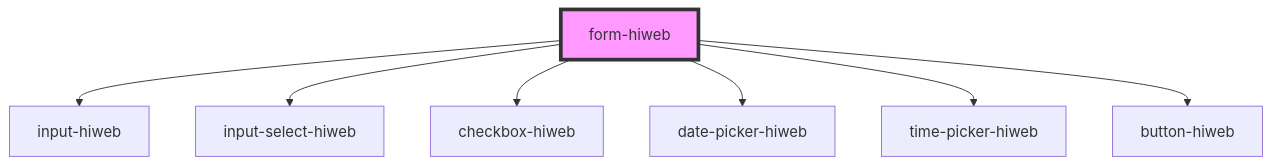
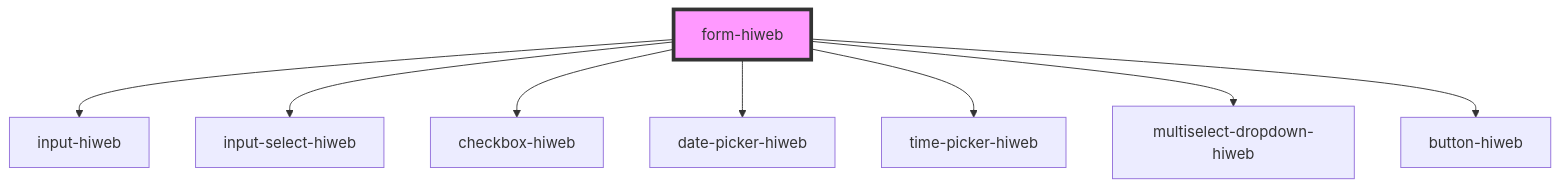
One commit to ansariymahdi/design-system-hiweb changed the diagram in src/components/form-hiweb/readme.md. Above: the diagram before and after it, drawn with Mermaid. The commit also changed other lines of this file and 7 other files, not shown here.

````diff
--- a/src/components/form-hiweb/readme.md
+++ b/src/components/form-hiweb/readme.md
@@ -35,10 +36,11 @@
 ```mermaid
 graph TD;
   form-hiweb --> input-hiweb
   form-hiweb --> input-select-hiweb
   form-hiweb --> checkbox-hiweb
   form-hiweb --> date-picker-hiweb
   form-hiweb --> time-picker-hiweb
+  form-hiweb --> multiselect-dropdown-hiweb
   form-hiweb --> button-hiweb
   style form-hiweb fill:#f9f,stroke:#333,stroke-width:4px
 ```
````
